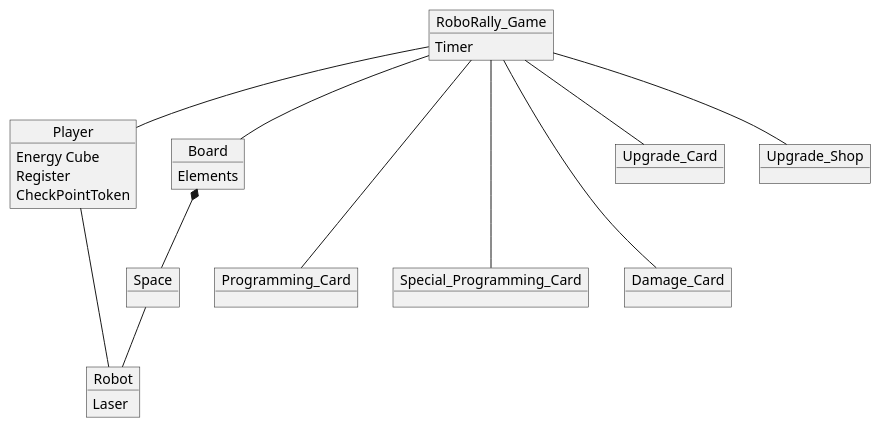
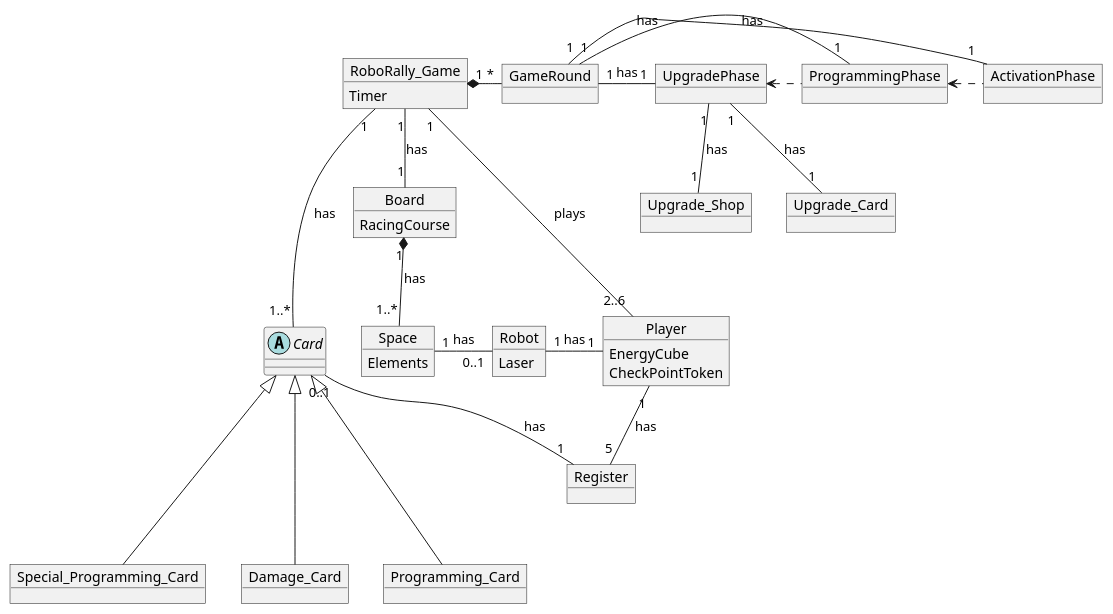
The diagram in PlantUML/DomainModel.puml (GabeKierk889/Gruppe-10-RoboRally), drawn with PlantUML before and after one commit.

Commit message:
Minor changes

```diff
--- a/PlantUML/DomainModel.puml
+++ b/PlantUML/DomainModel.puml
@@ -1,58 +1,88 @@
 @startuml
 'https://plantuml.com/class-diagram
 
 object RoboRally_Game {
     Timer
 }
 
 object Player {
-    Energy Cube
-    Register
+    EnergyCube
     CheckPointToken
+}
+
+object Register {
+
 }
 
 object Robot {
     Laser
 }
 
 object Board {
-    Elements
+    RacingCourse
 }
 
 object Programming_Card {
 
 }
 
 object Special_Programming_Card {
 
 }
 
 object Damage_Card {
 
 }
 
 object Upgrade_Card {
 
 }
 
 object Upgrade_Shop {
 
 }
 
 object Space {
+    Elements
+}
+
+abstract Card {
 
 }
 
+object UpgradePhase {
 
-RoboRally_Game -- Player
-RoboRally_Game -- Board
-Board *--Space
-Space -- Robot
-Player -- Robot
-RoboRally_Game --- Programming_Card
-RoboRally_Game --- Special_Programming_Card
-RoboRally_Game --- Damage_Card
-RoboRally_Game -- Upgrade_Card
-RoboRally_Game -- Upgrade_Shop
+}
+
+object ProgrammingPhase {
+
+}
+
+object ActivationPhase {
+
+}
+
+object GameRound {
+}
+
+RoboRally_Game"1" -- "2..6"Player : plays
+RoboRally_Game"1" *-R- "*"GameRound
+GameRound"1" -R- "1"UpgradePhase : has
+GameRound"1" -R- "1"ProgrammingPhase : has
+GameRound"1" -R- "1"ActivationPhase : has
+UpgradePhase <. ProgrammingPhase
+ProgrammingPhase <. ActivationPhase
+RoboRally_Game"1"-- "1"Board : has
+Board"1" *-- "1..*"Space : has
+Space"1" - "0..1"Robot : has
+Player"1" -L- "1"Robot : has
+UpgradePhase"1" -- "1"Upgrade_Card : has
+UpgradePhase"1" -- "1"Upgrade_Shop : has
+Player"1" -- "5"Register : has
+RoboRally_Game"1" --- "1..*"Card : has
+Card <|--- Programming_Card
+Card <|--- Damage_Card
+Card <|--- Special_Programming_Card
+Card"0..1" -- "1"Register : has
 
 @enduml
```
